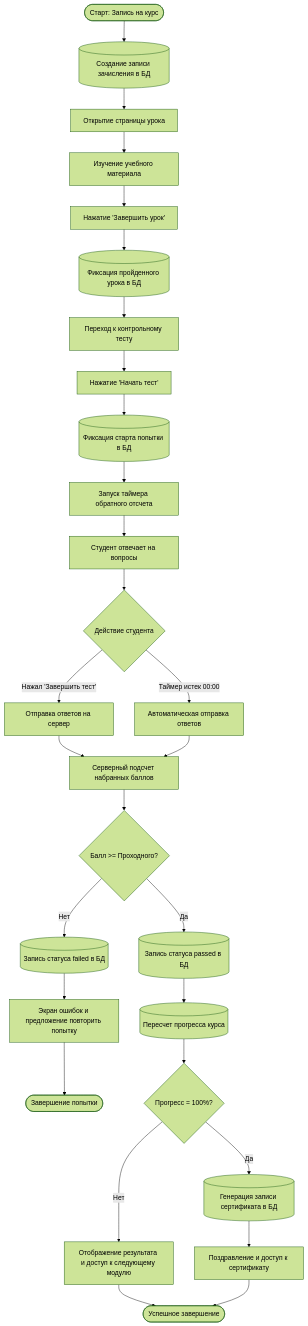
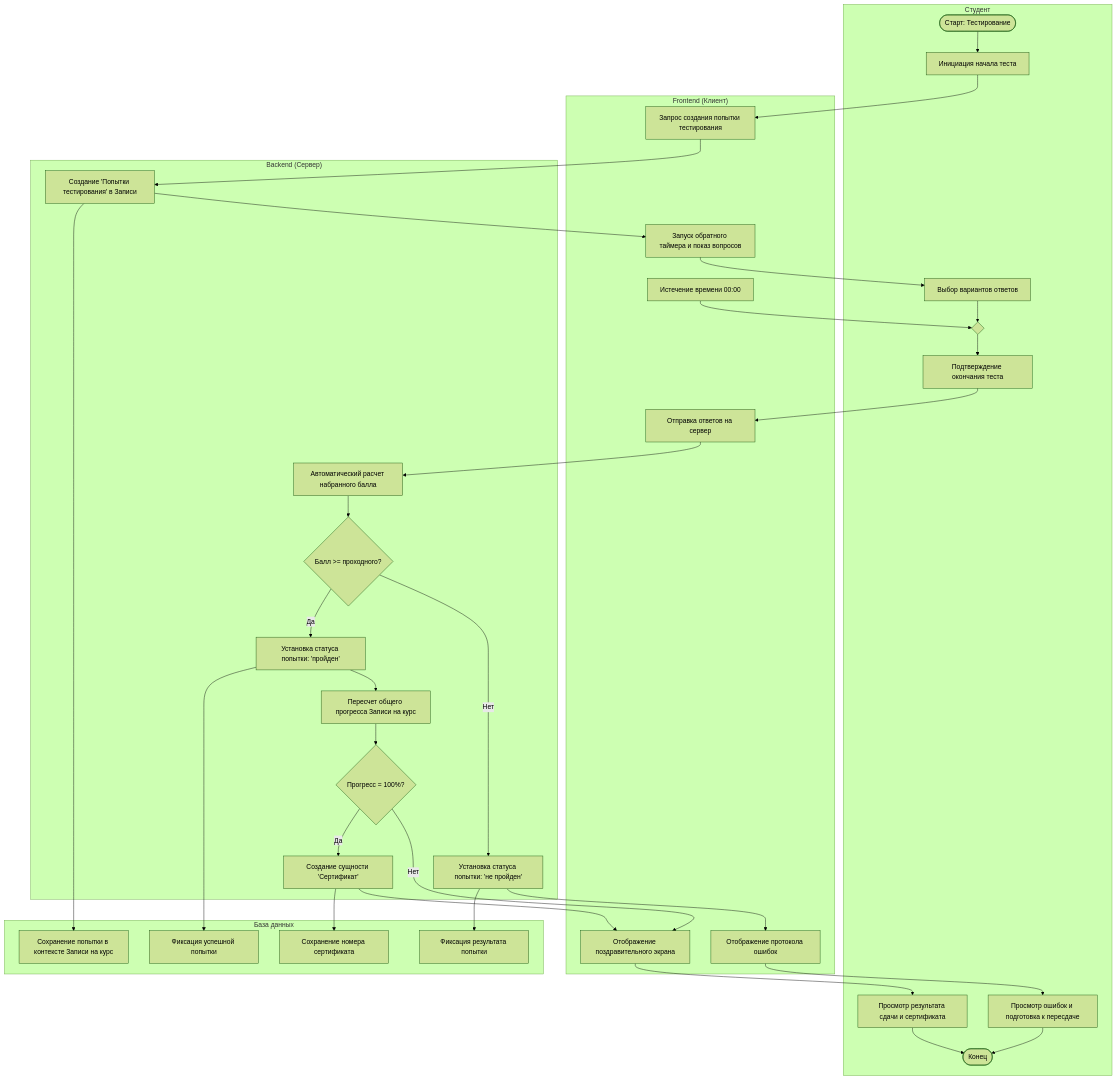
Before and after one commit to DrMozq/it-2026: the fifth of 7 diagrams in projects/10/03-Системный аналитик/Сценарии.md, drawn with Mermaid (forest theme). The commit also changed other lines of this file and 4 other files, not shown here.

Commit message:
team 10: fix audit comments - remove English titles, shorten intros, Russian labels, UML notation, NFR cleanup

````diff
--- a/projects/10/03-Системный аналитик/Сценарии.md
+++ b/projects/10/03-Системный аналитик/Сценарии.md
@@ -121,37 +285,44 @@
 ```mermaid
 flowchart TD
-    Start(["Старт: Запись на курс"]) --> Enroll[("Создание записи зачисления в БД")]
-    Enroll --> OpenLesson["Открытие страницы урока"]
-    OpenLesson --> ReadLesson["Изучение учебного материала"]
-    ReadLesson --> FinishLesson["Нажатие 'Завершить урок'"]
-    FinishLesson --> SaveProgress[("Фиксация пройденного урока в БД")]
-    SaveProgress --> OpenTest["Переход к контрольному тесту"]
-    OpenTest --> StartTest["Нажатие 'Начать тест'"]
-    StartTest --> InitAttempt[("Фиксация старта попытки в БД")]
-    InitAttempt --> RunTimer["Запуск таймера обратного отсчета"]
-    RunTimer --> AnswerQuestions["Студент отвечает на вопросы"]
-    AnswerQuestions --> SubmitChoice{"Действие студента"}
+    subgraph LaneStudent ["Студент"]
+        Test_Start(["Старт: Тестирование"]) --> Test_RunAction["Инициация начала теста"]
+        Test_Answering["Выбор вариантов ответов"] --> Test_MergeAction{" "}
+        Test_MergeAction --> Test_Submit["Подтверждение окончания теста"]
+        Test_FailUI["Просмотр ошибок и подготовка к пересдаче"] --> Test_End(["Конец"])
+        Test_SuccessUI["Просмотр результата сдачи и сертификата"] --> Test_End
+    end
 
-    SubmitChoice -->|Нажал 'Завершить тест'| SendAnswers["Отправка ответов на сервер"]
-    SubmitChoice -->|Таймер истек 00:00| AutoSend["Автоматическая отправка ответов"]
+    subgraph LaneFrontend ["Frontend (Клиент)"]
+        Test_RunAction --> Test_StartReq["Запрос создания попытки тестирования"]
+        Test_StartTimer["Запуск обратного таймера и показ вопросов"] --> Test_Answering
+        Test_TimerExpire["Истечение времени 00:00"] --> Test_MergeAction
+        Test_Submit --> Test_SendAnswers["Отправка ответов на сервер"]
+        Test_ShowFail["Отображение протокола ошибок"] --> Test_FailUI
+        Test_ShowPass["Отображение поздравительного экрана"] --> Test_SuccessUI
+    end
 
-    SendAnswers --> GradeTest["Серверный подсчет набранных баллов"]
-    AutoSend --> GradeTest
+    subgraph LaneBackend ["Backend (Сервер)"]
+        Test_StartReq --> Test_InitAttempt["Создание 'Попытки тестирования' в Записи"]
+        Test_InitAttempt --> Test_StartTimer
+        Test_SendAnswers --> Test_CalcScore["Автоматический расчет набранного балла"]
+        Test_CalcScore --> Test_CheckPass{"Балл >= проходного?"}
 
-    GradeTest --> CheckPass{"Балл >= Проходного?"}
+        Test_CheckPass -->|Нет| Test_SetFail["Установка статуса попытки: 'не пройден'"]
+        Test_SetFail --> Test_ShowFail
 
-    CheckPass -->|Нет| FailAttempt[("Запись статуса failed в БД")]
-    FailAttempt --> ShowFailScreen["Экран ошибок и предложение повторить попытку"]
-    ShowFailScreen --> EndFail(["Завершение попытки"])
+        Test_CheckPass -->|Да| Test_SetPass["Установка статуса попытки: 'пройден'"]
+        Test_SetPass --> Test_RecalcTotal["Пересчет общего прогресса Записи на курс"]
+        Test_Check100{"Прогресс = 100%?"}
+        Test_Check100 -->|Нет| Test_ShowPass
+        Test_Check100 -->|Да| Test_GenCert["Создание сущности 'Сертификат'"]
+        Test_GenCert --> Test_ShowPass
+    end
 
-    CheckPass -->|Да| PassAttempt[("Запись статуса passed в БД")]
-    PassAttempt --> RecalcProgress[("Пересчет прогресса курса")]
-    RecalcProgress --> CheckComplete{"Прогресс = 100%?"}
-
-    CheckComplete -->|Нет| ShowResult["Отображение результата и доступ к следующему модулю"]
-    CheckComplete -->|Да| GenCert[("Генерация записи сертификата в БД")]
-    GenCert --> ShowCertScreen["Поздравление и доступ к сертификату"]
-
-    ShowResult --> EndSuccess(["Успешное завершение"])
-    ShowCertScreen --> EndSuccess
+    subgraph LaneDB ["База данных"]
+        Test_InitAttempt --> Test_DBInsertAttempt["Сохранение попытки в контексте Записи на курс"]
+        Test_SetFail --> Test_DBUpdateFail["Фиксация результата попытки"]
+        Test_SetPass --> Test_DBUpdatePass["Фиксация успешной попытки"]
+        Test_RecalcTotal --> Test_Check100
+        Test_GenCert --> Test_DBCert["Сохранение номера сертификата"]
+    end
 ```
````
